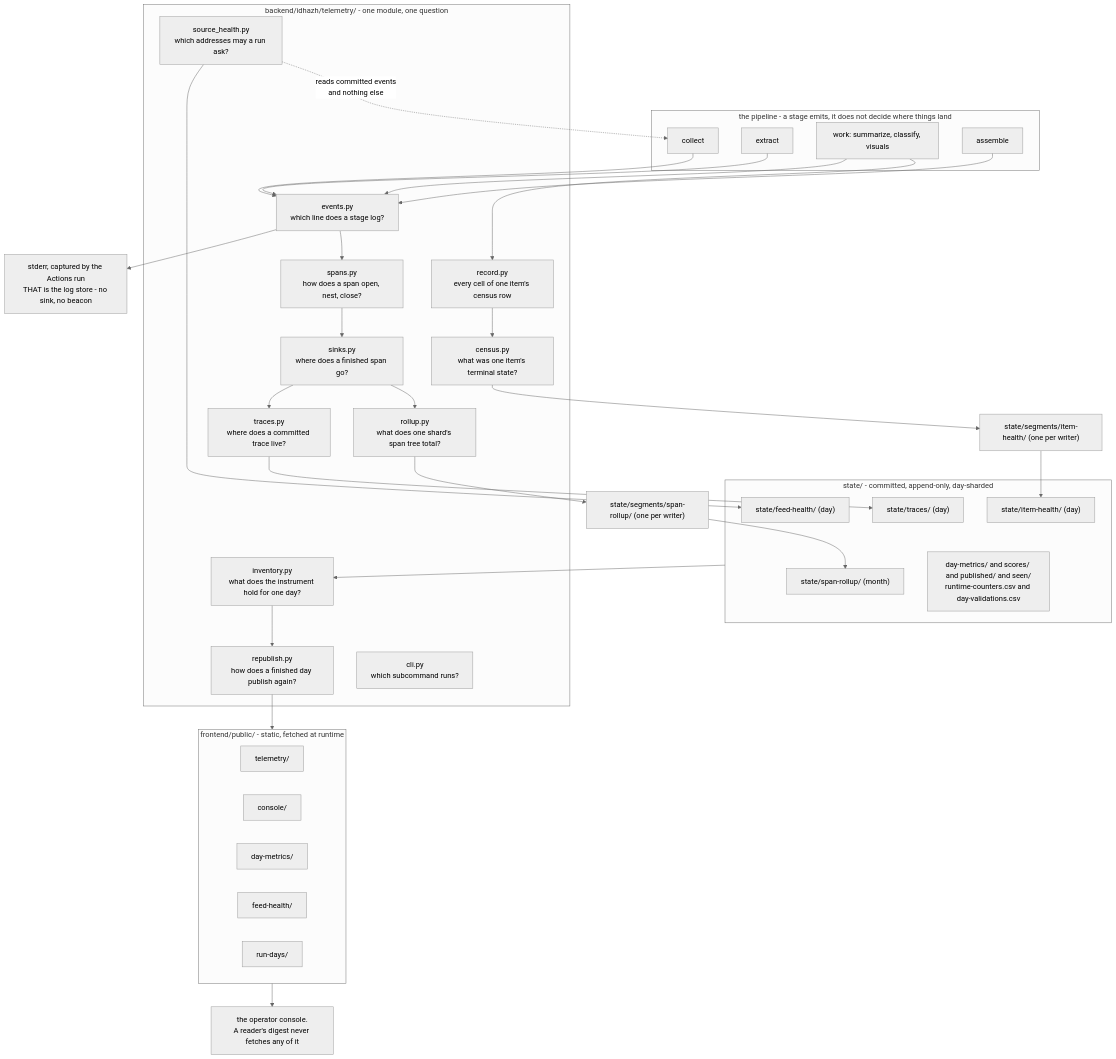
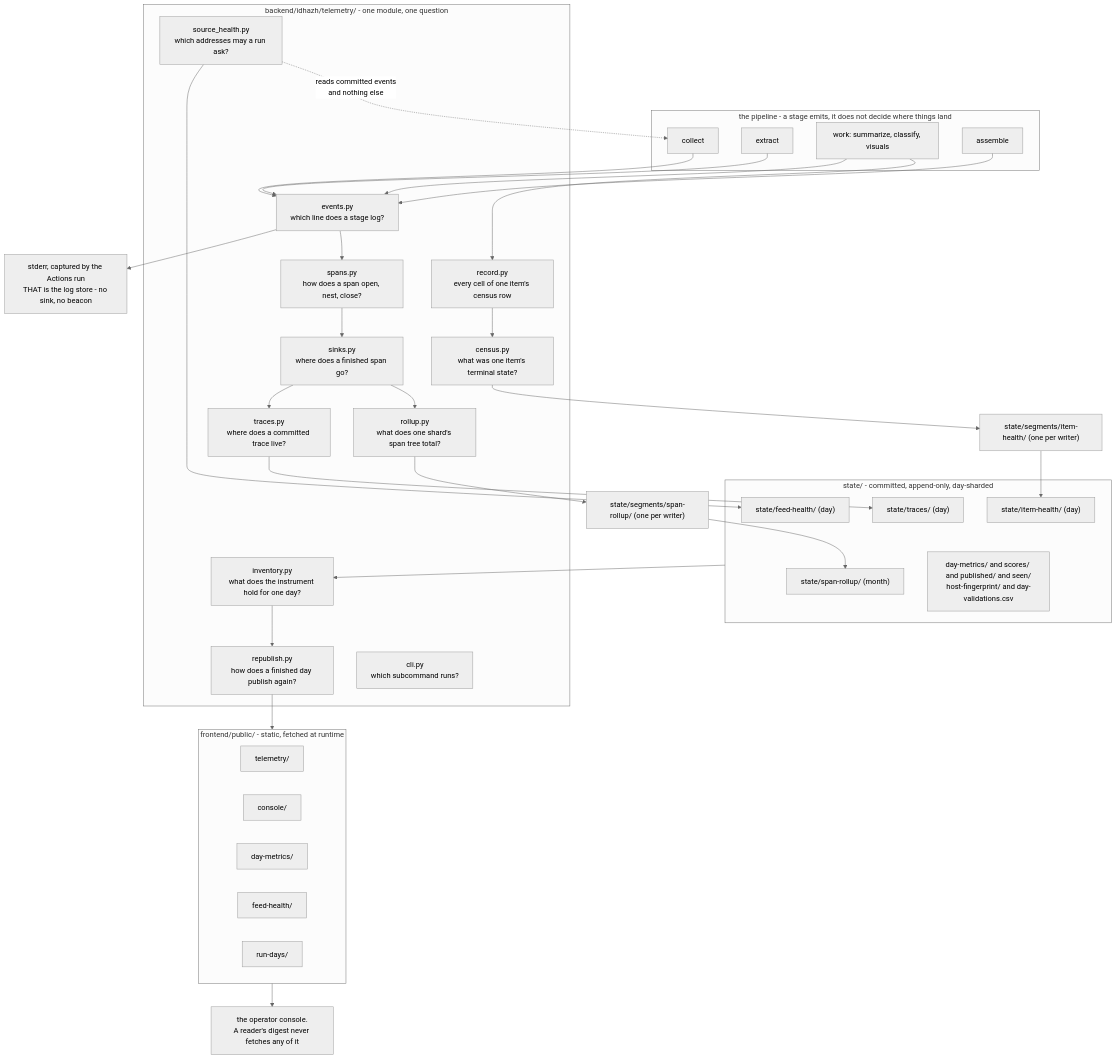
One commit to miztiik/yen-idhazh changed the diagram in docs/concepts/telemetry.md. Above: the diagram before and after it, drawn with Mermaid (neutral theme). The commit also changed other lines of this file and 82 other files, not shown here.

First line of the commit message:
Delete the runtime-counters ledger and everything that read it

````diff
--- a/docs/concepts/telemetry.md
+++ b/docs/concepts/telemetry.md
@@ -17,67 +17,67 @@
 ```mermaid
 flowchart TD
   subgraph stages["the pipeline - a stage emits, it does not decide where things land"]
     collect["collect"]
     extract["extract"]
     work["work: summarize, classify, visuals"]
     assemble["assemble"]
   end
 
   collect --> events
   extract --> events
   work --> events
   assemble --> events
   work --> record
 
   subgraph pkg["backend/idhazh/telemetry/ - one module, one question"]
     events["events.py<br/>which line does a stage log?"]
     spans["spans.py<br/>how does a span open, nest, close?"]
     sinks["sinks.py<br/>where does a finished span go?"]
     record["record.py<br/>every cell of one item's census row"]
     census["census.py<br/>what was one item's terminal state?"]
     rollup["rollup.py<br/>what does one shard's span tree total?"]
     traces["traces.py<br/>where does a committed trace live?"]
     inventory["inventory.py<br/>what does the instrument hold for one day?"]
     health["source_health.py<br/>which addresses may a run ask?"]
     republish["republish.py<br/>how does a finished day publish again?"]
     cli["cli.py<br/>which subcommand runs?"]
   end
 
   events --> stderr["stderr, captured by the Actions run<br/>THAT is the log store - no sink, no beacon"]
   events --> spans --> sinks
   sinks --> traces
   sinks --> rollup
   record --> census
 
   census --> ih["state/segments/item-health/ (one per writer)"]
   rollup --> sr["state/segments/span-rollup/ (one per writer)"]
   traces --> tr["state/traces/ (day)"]
   health --> fh["state/feed-health/ (day)"]
 
   ih --> head_ih["state/item-health/ (day)"]
   sr --> head_sr["state/span-rollup/ (month)"]
 
   subgraph state["state/ - committed, append-only, day-sharded"]
     head_ih
     head_sr
     tr
     fh
-    other["day-metrics/ and scores/ and published/ and seen/<br/>runtime-counters.csv and day-validations.csv"]
+    other["day-metrics/ and scores/ and published/ and seen/<br/>host-fingerprint/ and day-validations.csv"]
   end
 
   state --> inventory
   inventory --> republish
   republish --> pub
 
   subgraph pub["frontend/public/ - static, fetched at runtime"]
     telem["telemetry/"]
     cons["console/"]
     dm["day-metrics/"]
     fhp["feed-health/"]
     rd["run-days/"]
   end
 
   pub --> op["the operator console.<br/>A reader's digest never fetches any of it"]
 
   health -.->|"reads committed events<br/>and nothing else"| collect
 ```
````
